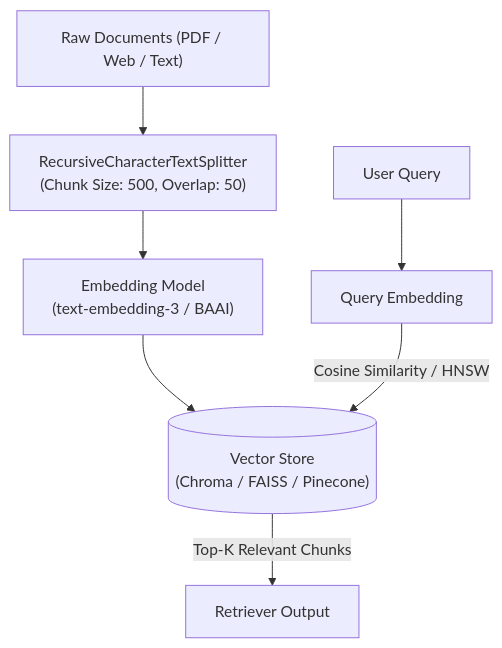
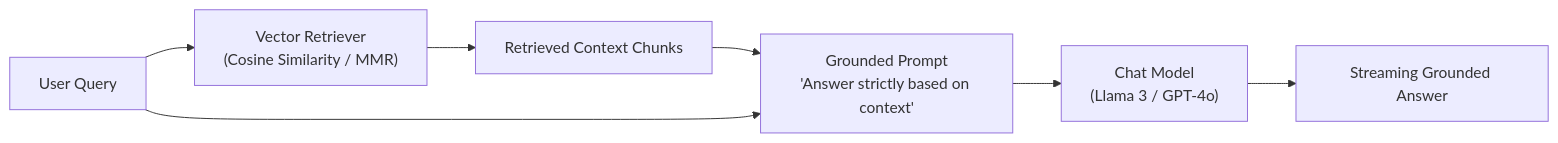
Before and after one commit to DeshDeepakKant/ai-engineering-docs: the diagram in docs/04-agentic-ai-langgraph/03-real-world-frameworks-krishnaik/03-2-building-multi-agentic-ai-rag-with-vec.md, drawn with Mermaid. The commit also changed other lines of this file and 182 other files, not shown here.

````diff
--- a/docs/04-agentic-ai-langgraph/03-real-world-frameworks-krishnaik/03-2-building-multi-agentic-ai-rag-with-vec.md
+++ b/docs/04-agentic-ai-langgraph/03-real-world-frameworks-krishnaik/03-2-building-multi-agentic-ai-rag-with-vec.md
@@ -35,9 +35,12 @@
 ```mermaid
-flowchart TD
-    D["Raw Documents (PDF / Web / Text)"] --> S["RecursiveCharacterTextSplitter\n(Chunk Size: 500, Overlap: 50)"]
-    S --> E["Embedding Model\n(text-embedding-3 / BAAI)"]
-    E --> V[("Vector Store\n(Chroma / FAISS / Pinecone)")]
-    Q["User Query"] --> EQ["Query Embedding"]
-    EQ -->|Cosine Similarity / HNSW| V
-    V -->|Top-K Relevant Chunks| R["Retriever Output"]
+flowchart LR
+    User["User Query"] --> Ret["Vector Retriever
+(Cosine Similarity / MMR)"]
+    Ret --> Context["Retrieved Context Chunks"]
+    Context --> Prompt["Grounded Prompt
+'Answer strictly based on context'"]
+    User --> Prompt
+    Prompt --> LLM["Chat Model
+(Llama 3 / GPT-4o)"]
+    LLM --> Stream["Streaming Grounded Answer"]
 ```
````
